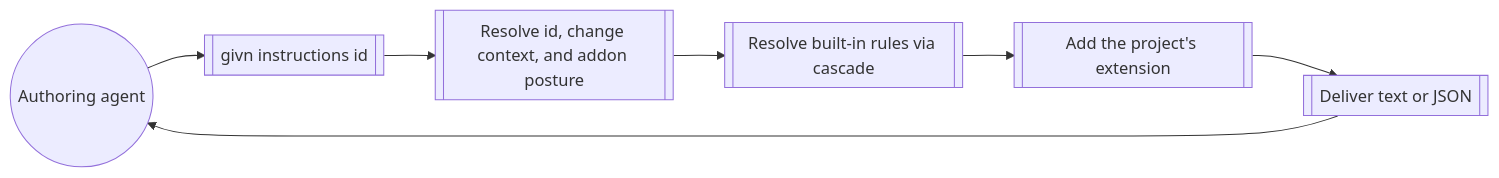
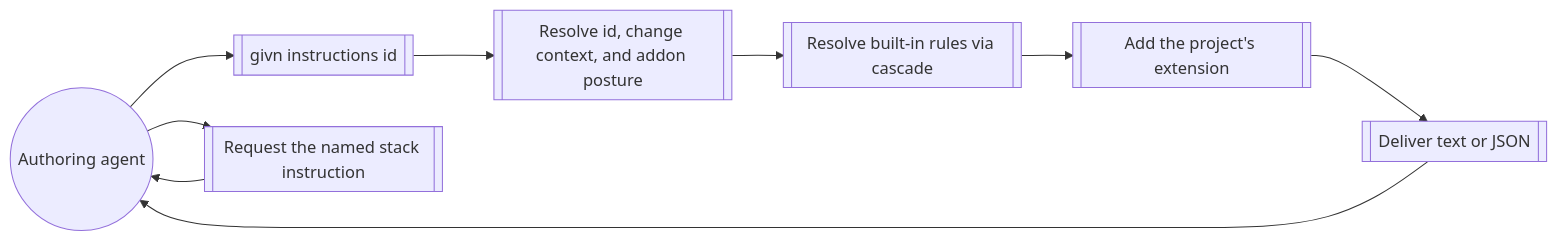
Before and after one commit to buster/givn: the diagram in givn/specs/obtain-effective-guidance/usecase.md, drawn with Mermaid. The commit also changed other lines of this file and 18 other files, not shown here.

````diff
--- a/givn/specs/obtain-effective-guidance/usecase.md
+++ b/givn/specs/obtain-effective-guidance/usecase.md
@@ -141,9 +157,11 @@
 ```mermaid
 flowchart LR
   Agent((Authoring agent)) --> Req[[givn instructions id]]
   Req --> Resolve[[Resolve id, change context, and addon posture]]
   Resolve --> Builtin[[Resolve built-in rules via cascade]]
   Builtin --> Merge[[Add the project's extension]]
   Merge --> Deliver[[Deliver text or JSON]]
   Deliver --> Agent
+  Agent --> StackReq[[Request the named stack instruction]]
+  StackReq --> Agent
 ```
````
